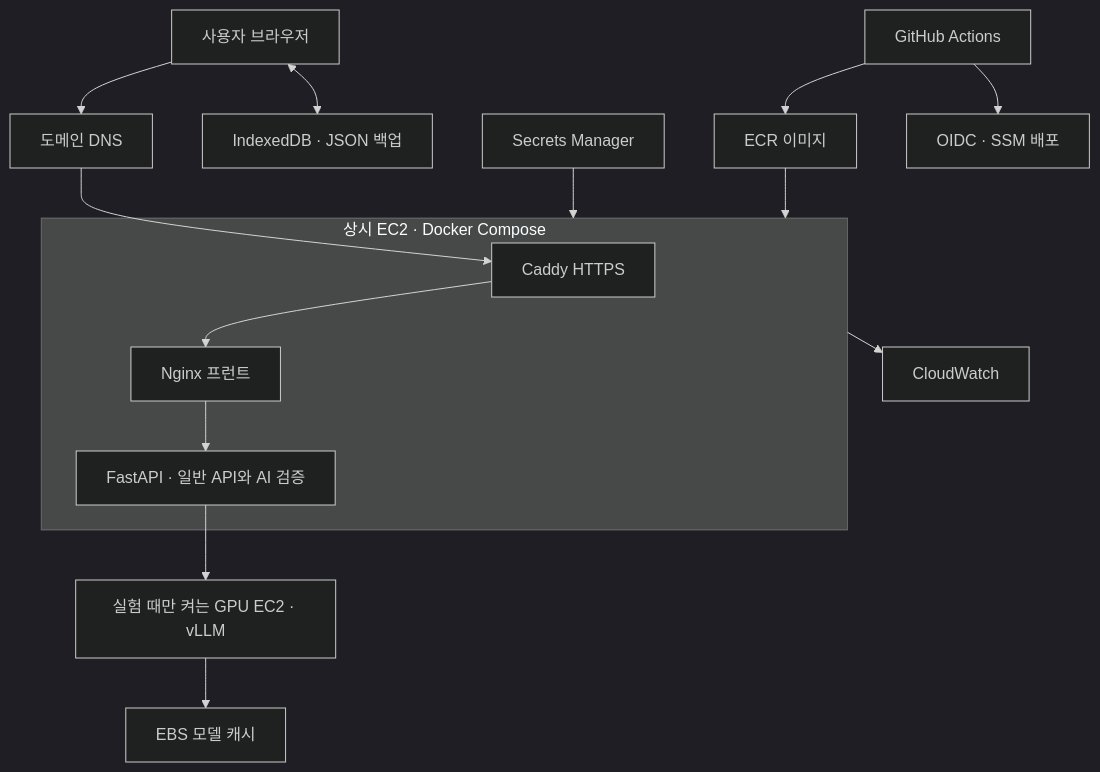
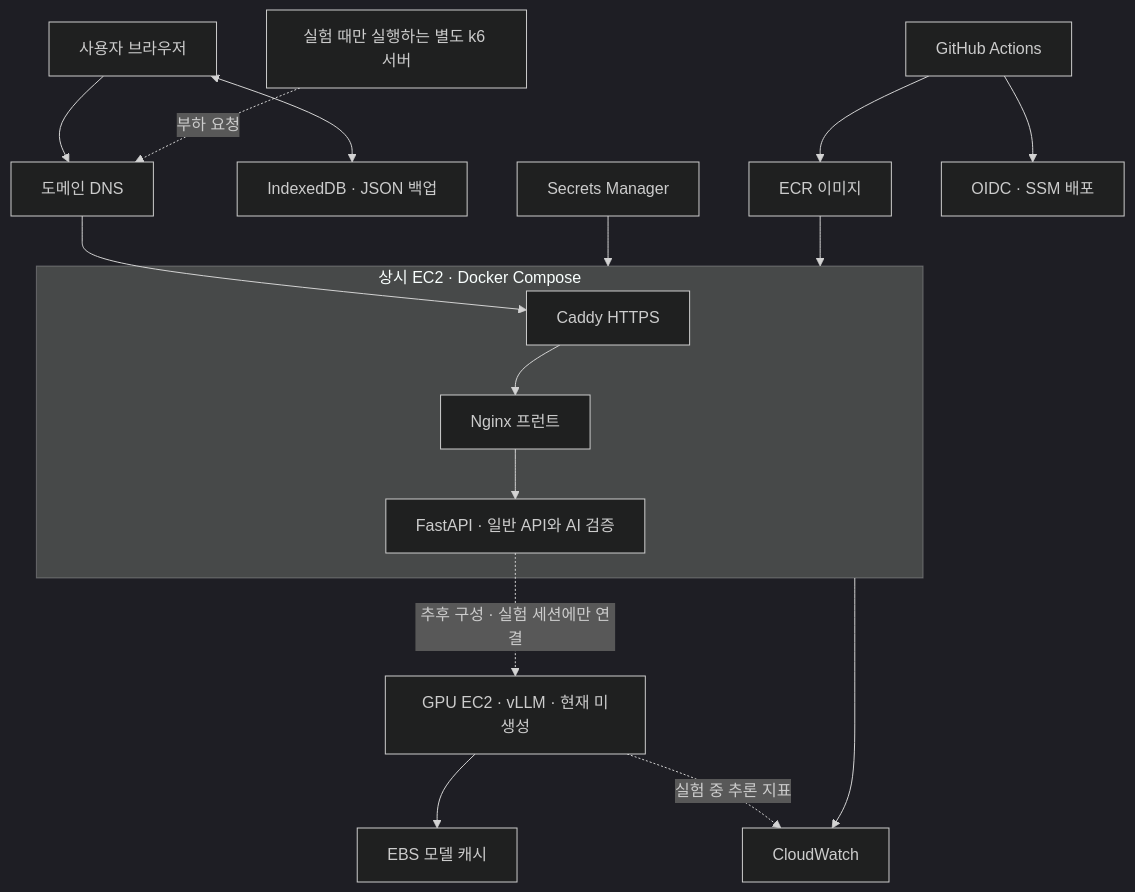
Before and after one commit to CLM-BONNY/orot-ai: the diagram in service-architecture.md, drawn with Mermaid (dark theme). The commit also changed other lines of this file and 6 other files, not shown here.

````diff
--- a/service-architecture.md
+++ b/service-architecture.md
@@ -68,17 +71,19 @@
 ```mermaid
 flowchart TD
     U[사용자 브라우저] --> DNS[도메인 DNS]
     DNS --> EDGE[Caddy HTTPS]
     subgraph WEB[상시 EC2 · Docker Compose]
       EDGE --> N[Nginx 프런트]
       N --> API[FastAPI · 일반 API와 AI 검증]
     end
-    API --> GPU[실험 때만 켜는 GPU EC2 · vLLM]
+    K[실험 때만 실행하는 별도 k6 서버] -. 부하 요청 .-> DNS
+    API -. 추후 구성 · 실험 세션에만 연결 .-> GPU[GPU EC2 · vLLM · 현재 미생성]
     GPU --> CACHE[EBS 모델 캐시]
     U <--> IDB[IndexedDB · JSON 백업]
     WEB --> LOG[CloudWatch]
+    GPU -. 실험 중 추론 지표 .-> LOG
     SEC[Secrets Manager] --> WEB
     GH[GitHub Actions] --> ECR[ECR 이미지]
     GH --> SSM[OIDC · SSM 배포]
     ECR --> WEB
 ```
````
